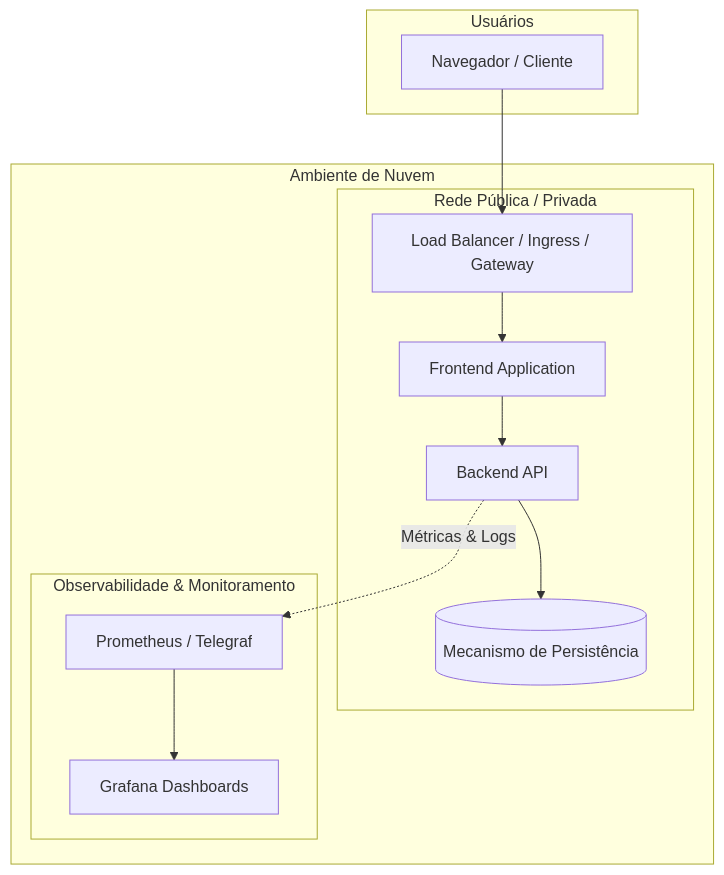
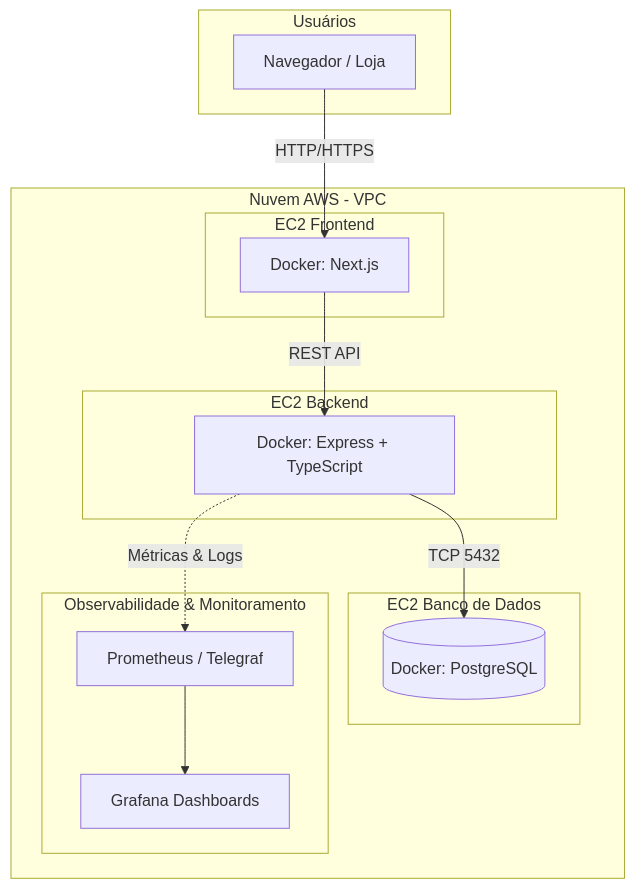
Before and after one commit to webdevmatias/cloudops-lab: the diagram in docs/arquitetura/README.md, drawn with Mermaid. The commit also changed other lines of this file and 5 other files, not shown here.

````diff
--- a/docs/arquitetura/README.md
+++ b/docs/arquitetura/README.md
@@ -21,27 +21,31 @@
 ```mermaid
 flowchart TD
     subgraph Usuários
-        User[Navegador / Cliente]
+        User[Navegador / Loja]
     end
 
-    subgraph Nuvem [Ambiente de Nuvem]
-        subgraph Rede [Rede Pública / Privada]
-            LB[Load Balancer / Ingress / Gateway]
-            Frontend[Frontend Application]
-            Backend[Backend API]
-            Database[(Mecanismo de Persistência)]
+    subgraph AWS [Nuvem AWS - VPC]
+        subgraph EC2_Front [EC2 Frontend]
+            Frontend[Docker: Next.js]
+        end
+
+        subgraph EC2_Back [EC2 Backend]
+            Backend[Docker: Express + TypeScript]
+        end
+
+        subgraph EC2_DB [EC2 Banco de Dados]
+            Database[(Docker: PostgreSQL)]
         end
 
         subgraph Telemetria [Observabilidade & Monitoramento]
             Prometheus[Prometheus / Telegraf]
             Grafana[Grafana Dashboards]
         end
     end
 
-    User --> LB
-    LB --> Frontend
-    Frontend --> Backend
-    Backend --> Database
+    User -->|HTTP/HTTPS| Frontend
+    Frontend -->|REST API| Backend
+    Backend -->|TCP 5432| Database
     Backend -.->|Métricas & Logs| Prometheus
     Prometheus --> Grafana
 ```
````
